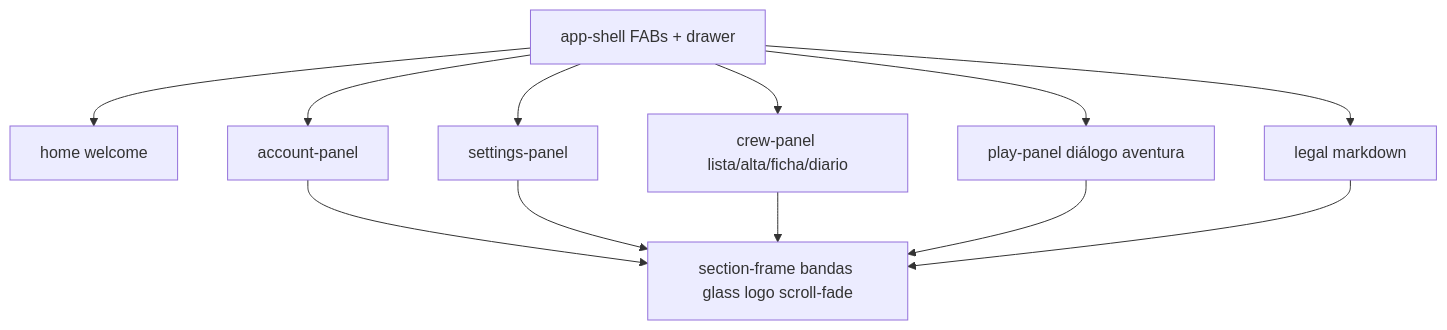
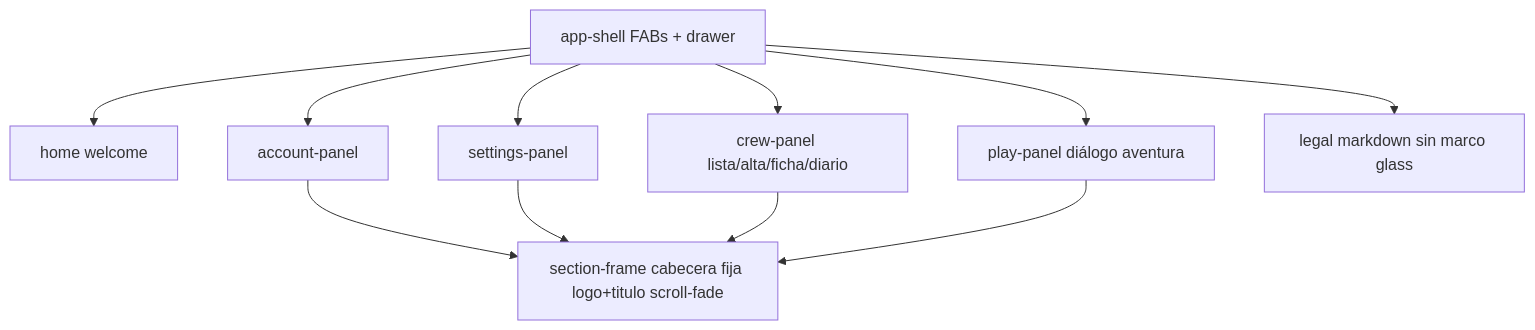
The first of 2 diagrams in .cursor/diagrams/10-parent-surfaces.md (KuiperBelt-PRO/kidepik), drawn with Mermaid before and after one commit. The commit also changed other lines of this file and 71 other files, not shown here.

````diff
--- a/.cursor/diagrams/10-parent-surfaces.md
+++ b/.cursor/diagrams/10-parent-surfaces.md
@@ -5,18 +5,17 @@
 ```mermaid
 flowchart TB
   Shell[app-shell FABs + drawer]
-  Frame[section-frame bandas glass logo scroll-fade]
+  Frame[section-frame cabecera fija logo+titulo scroll-fade]
 
   Shell --> Home[home welcome]
   Shell --> Acc[account-panel]
   Shell --> Set[settings-panel]
   Shell --> Crew[crew-panel lista/alta/ficha/diario]
   Shell --> Play[play-panel diálogo aventura]
-  Shell --> Legal[legal markdown]
+  Shell --> Legal[legal markdown sin marco glass]
 
   Acc --> Frame
   Set --> Frame
   Crew --> Frame
   Play --> Frame
-  Legal --> Frame
 ```
````
